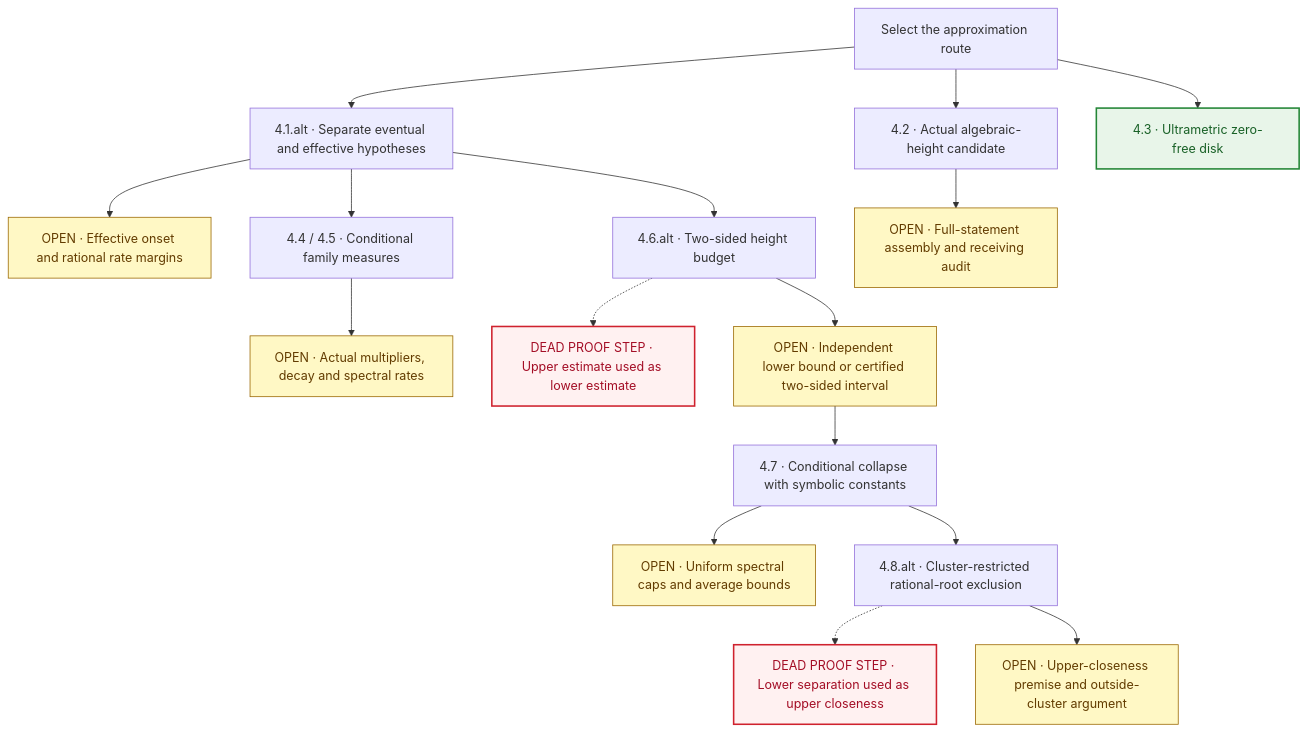
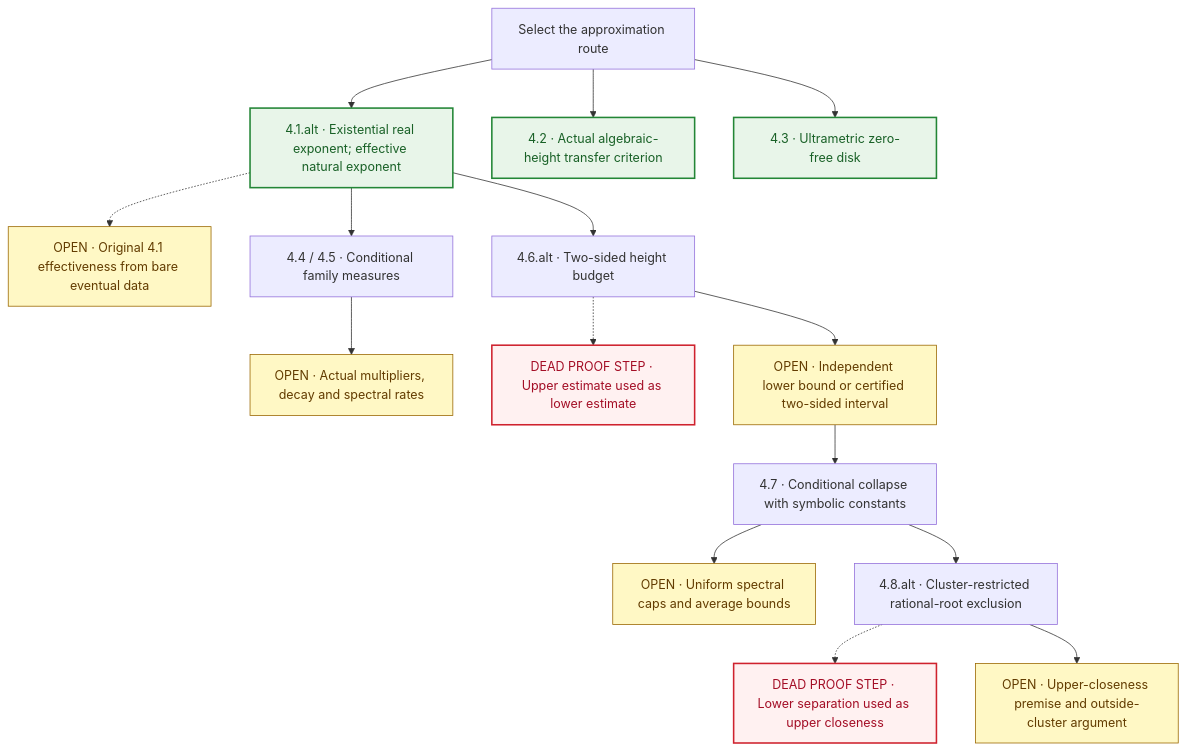
The seventh of 10 diagrams in README.md (randogelist/zetahyperbolic-axiom), drawn with Mermaid before and after one commit. The commit also changed other lines of this file and 28 other files, not shown here.

Commit message:
Record verified 260-module audit and complete manuscript theorem roadmap

````diff
--- a/README.md
+++ b/README.md
@@ -303,42 +313,40 @@
 ```mermaid
 flowchart TD
     START["Select the approximation route"]
-    T41["4.1.alt · Separate eventual and effective hypotheses"]
-    T42["4.2 · Actual algebraic-height candidate"]
+    T41["4.1.alt · Existential real exponent; effective natural exponent"]
+    T42["4.2 · Actual algebraic-height transfer criterion"]
     T43["4.3 · Ultrametric zero-free disk"]
-    O41["OPEN · Effective onset and rational rate margins"]
-    O42["OPEN · Full-statement assembly and receiving audit"]
+    O41["OPEN · Original 4.1 effectiveness from bare eventual data"]
     FAMILY["4.4 / 4.5 · Conditional family measures"]
     OFAMILY["OPEN · Actual multipliers, decay and spectral rates"]
     T46["4.6.alt · Two-sided height budget"]
     D46["DEAD PROOF STEP · Upper estimate used as lower estimate"]
     O46["OPEN · Independent lower bound or certified two-sided interval"]
     T47["4.7 · Conditional collapse with symbolic constants"]
     O47["OPEN · Uniform spectral caps and average bounds"]
     T48["4.8.alt · Cluster-restricted rational-root exclusion"]
     D48["DEAD PROOF STEP · Lower separation used as upper closeness"]
     O48["OPEN · Upper-closeness premise and outside-cluster argument"]
 
     START --> T41
     START --> T42
     START --> T43
-    T41 --> O41
-    T42 --> O42
+    T41 -.-> O41
     T41 --> FAMILY
     FAMILY --> OFAMILY
     T41 --> T46
     T46 -.-> D46
     T46 --> O46
     O46 --> T47
     T47 --> O47
     T47 --> T48
     T48 -.-> D48
     T48 --> O48
 
     classDef verified fill:#e8f5e9,stroke:#238636,color:#196127,stroke-width:2px;
     classDef dead fill:#fff1f1,stroke:#cf222e,color:#a40e26,stroke-width:2px;
     classDef open fill:#fff8c5,stroke:#9a6700,color:#633c01;
-    class T43 verified;
+    class T41,T42,T43 verified;
     class D46,D48 dead;
-    class O41,O42,OFAMILY,O46,O47,O48 open;
+    class O41,OFAMILY,O46,O47,O48 open;
 ```
````
